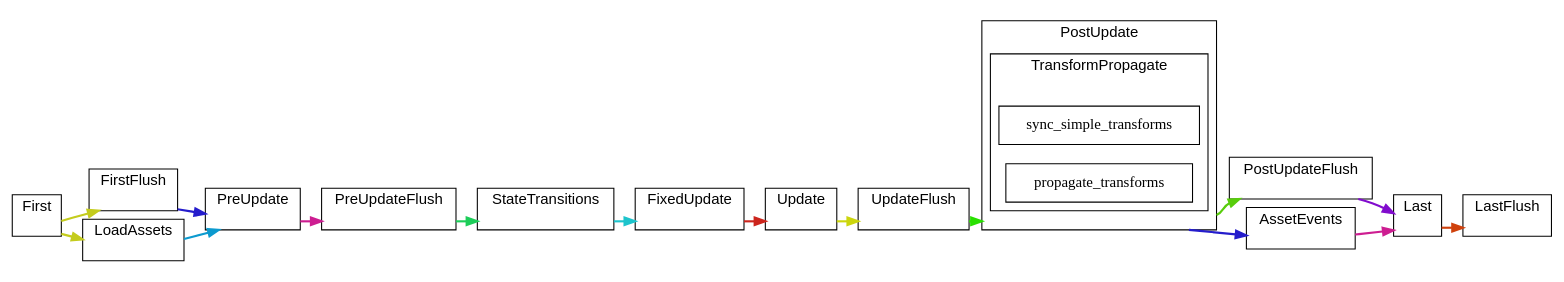
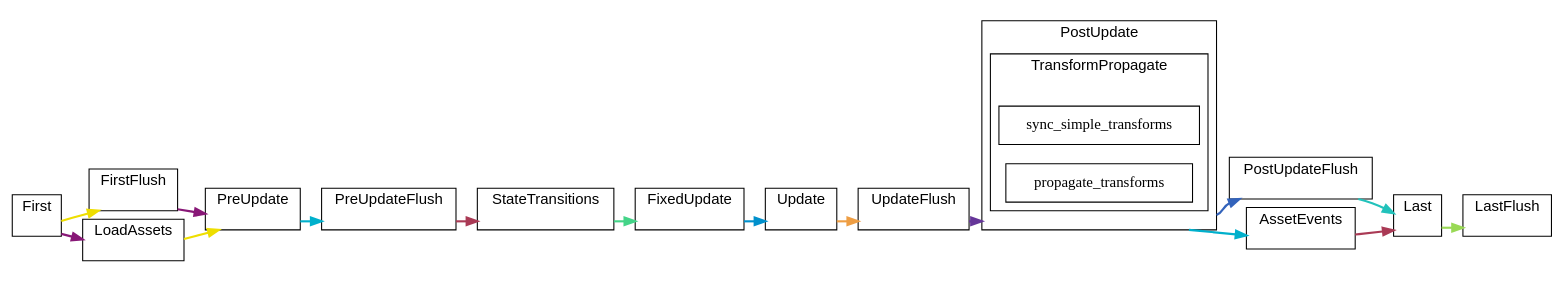
The diagram in docs/schedule/by-crate/light/schedule_Main_bevy_transform.dot (jakobhellermann/bevy_mod_debugdump), drawn with Graphviz before and after one commit. The commit also changed 87 other files, not shown here.

```diff
--- a/docs/schedule/by-crate/light/schedule_Main_bevy_transform.dot
+++ b/docs/schedule/by-crate/light/schedule_Main_bevy_transform.dot
@@ -1,146 +1,146 @@
 digraph "" {
 	"compound"="true";
 	"splines"="spline";
 	"rankdir"="LR";
 	"bgcolor"="white";
 	"fontname"="Helvetica";
 	edge ["penwidth"="2"];
 	node ["shape"="box", "style"="filled", "fillcolor"="white", "color"="black"];
 	subgraph "clusternode_Set(0)" {
 		"label"="Update";
 		"tooltip"="Update";
 		"bgcolor"="white";
 		"color"="black";
 		"set_marker_node_Set(0)" ["style"="invis", "label"="", "height"="0", "shape"="point"]
 	}
 	
 	subgraph "clusternode_Set(2)" {
 		"label"="FirstFlush";
 		"tooltip"="FirstFlush";
 		"bgcolor"="white";
 		"color"="black";
 		"set_marker_node_Set(2)" ["style"="invis", "label"="", "height"="0", "shape"="point"]
 	}
 	
 	subgraph "clusternode_Set(3)" {
 		"label"="PreUpdateFlush";
 		"tooltip"="PreUpdateFlush";
 		"bgcolor"="white";
 		"color"="black";
 		"set_marker_node_Set(3)" ["style"="invis", "label"="", "height"="0", "shape"="point"]
 	}
 	
 	subgraph "clusternode_Set(4)" {
 		"label"="UpdateFlush";
 		"tooltip"="UpdateFlush";
 		"bgcolor"="white";
 		"color"="black";
 		"set_marker_node_Set(4)" ["style"="invis", "label"="", "height"="0", "shape"="point"]
 	}
 	
 	subgraph "clusternode_Set(5)" {
 		"label"="PostUpdateFlush";
 		"tooltip"="PostUpdateFlush";
 		"bgcolor"="white";
 		"color"="black";
 		"set_marker_node_Set(5)" ["style"="invis", "label"="", "height"="0", "shape"="point"]
 	}
 	
 	subgraph "clusternode_Set(6)" {
 		"label"="LastFlush";
 		"tooltip"="LastFlush";
 		"bgcolor"="white";
 		"color"="black";
 		"set_marker_node_Set(6)" ["style"="invis", "label"="", "height"="0", "shape"="point"]
 	}
 	
 	subgraph "clusternode_Set(7)" {
 		"label"="First";
 		"tooltip"="First";
 		"bgcolor"="white";
 		"color"="black";
 		"set_marker_node_Set(7)" ["style"="invis", "label"="", "height"="0", "shape"="point"]
 	}
 	
 	subgraph "clusternode_Set(8)" {
 		"label"="PreUpdate";
 		"tooltip"="PreUpdate";
 		"bgcolor"="white";
 		"color"="black";
 		"set_marker_node_Set(8)" ["style"="invis", "label"="", "height"="0", "shape"="point"]
 	}
 	
 	subgraph "clusternode_Set(9)" {
 		"label"="StateTransitions";
 		"tooltip"="StateTransitions";
 		"bgcolor"="white";
 		"color"="black";
 		"set_marker_node_Set(9)" ["style"="invis", "label"="", "height"="0", "shape"="point"]
 	}
 	
 	subgraph "clusternode_Set(10)" {
 		"label"="FixedUpdate";
 		"tooltip"="FixedUpdate";
 		"bgcolor"="white";
 		"color"="black";
 		"set_marker_node_Set(10)" ["style"="invis", "label"="", "height"="0", "shape"="point"]
 	}
 	
 	subgraph "clusternode_Set(11)" {
 		"label"="PostUpdate";
 		"tooltip"="PostUpdate";
 		"bgcolor"="white";
 		"color"="black";
 		"set_marker_node_Set(11)" ["style"="invis", "label"="", "height"="0", "shape"="point"]
 		subgraph "clusternode_Set(20)" {
 			"label"="TransformPropagate";
 			"tooltip"="TransformPropagate";
 			"bgcolor"="white";
 			"color"="black";
 			"set_marker_node_Set(20)" ["style"="invis", "label"="", "height"="0", "shape"="point"]
 			"node_System(11)" ["label"="sync_simple_transforms", "tooltip"="bevy_transform::systems::sync_simple_transforms"]
 			"node_System(12)" ["label"="propagate_transforms", "tooltip"="bevy_transform::systems::propagate_transforms"]
 		}
 		
 	}
 	
 	subgraph "clusternode_Set(12)" {
 		"label"="Last";
 		"tooltip"="Last";
 		"bgcolor"="white";
 		"color"="black";
 		"set_marker_node_Set(12)" ["style"="invis", "label"="", "height"="0", "shape"="point"]
 	}
 	
 	subgraph "clusternode_Set(58)" {
 		"label"="LoadAssets";
 		"tooltip"="LoadAssets";
 		"bgcolor"="white";
 		"color"="black";
 		"set_marker_node_Set(58)" ["style"="invis", "label"="", "height"="0", "shape"="point"]
 	}
 	
 	subgraph "clusternode_Set(59)" {
 		"label"="AssetEvents";
 		"tooltip"="AssetEvents";
 		"bgcolor"="white";
 		"color"="black";
 		"set_marker_node_Set(59)" ["style"="invis", "label"="", "height"="0", "shape"="point"]
 	}
 	
-	"set_marker_node_Set(7)" -> "set_marker_node_Set(2)" ["lhead"="clusternode_Set(2)", "ltail"="clusternode_Set(7)", "tooltip"="First → FirstFlush", "color"="#c4cc1d"]
-	"set_marker_node_Set(2)" -> "set_marker_node_Set(8)" ["lhead"="clusternode_Set(8)", "ltail"="clusternode_Set(2)", "tooltip"="FirstFlush → PreUpdate", "color"="#251dcc"]
-	"set_marker_node_Set(8)" -> "set_marker_node_Set(3)" ["lhead"="clusternode_Set(3)", "ltail"="clusternode_Set(8)", "tooltip"="PreUpdate → PreUpdateFlush", "color"="#cd1d91"]
-	"set_marker_node_Set(3)" -> "set_marker_node_Set(9)" ["lhead"="clusternode_Set(9)", "ltail"="clusternode_Set(3)", "tooltip"="PreUpdateFlush → StateTransitions", "color"="#1dcd59"]
-	"set_marker_node_Set(9)" -> "set_marker_node_Set(10)" ["lhead"="clusternode_Set(10)", "ltail"="clusternode_Set(9)", "tooltip"="StateTransitions → FixedUpdate", "color"="#1dc4cc"]
-	"set_marker_node_Set(10)" -> "set_marker_node_Set(0)" ["lhead"="clusternode_Set(0)", "ltail"="clusternode_Set(10)", "tooltip"="FixedUpdate → Update", "color"="#cc251d"]
-	"set_marker_node_Set(0)" -> "set_marker_node_Set(4)" ["lhead"="clusternode_Set(4)", "ltail"="clusternode_Set(0)", "tooltip"="Update → UpdateFlush", "color"="#ccd60d"]
-	"set_marker_node_Set(4)" -> "set_marker_node_Set(11)" ["lhead"="clusternode_Set(11)", "ltail"="clusternode_Set(4)", "tooltip"="UpdateFlush → PostUpdate", "color"="#29e000"]
-	"set_marker_node_Set(11)" -> "set_marker_node_Set(5)" ["lhead"="clusternode_Set(5)", "ltail"="clusternode_Set(11)", "tooltip"="PostUpdate → PostUpdateFlush", "color"="#58cd0c"]
-	"set_marker_node_Set(5)" -> "set_marker_node_Set(12)" ["lhead"="clusternode_Set(12)", "ltail"="clusternode_Set(5)", "tooltip"="PostUpdateFlush → Last", "color"="#810ccd"]
-	"set_marker_node_Set(12)" -> "set_marker_node_Set(6)" ["lhead"="clusternode_Set(6)", "ltail"="clusternode_Set(12)", "tooltip"="Last → LastFlush", "color"="#cf410c"]
-	"set_marker_node_Set(58)" -> "set_marker_node_Set(8)" ["lhead"="clusternode_Set(8)", "ltail"="clusternode_Set(58)", "tooltip"="LoadAssets → PreUpdate", "color"="#0c9acf"]
-	"set_marker_node_Set(7)" -> "set_marker_node_Set(58)" ["lhead"="clusternode_Set(58)", "ltail"="clusternode_Set(7)", "tooltip"="First → LoadAssets", "color"="#c4cc1d"]
-	"set_marker_node_Set(11)" -> "set_marker_node_Set(59)" ["lhead"="clusternode_Set(59)", "ltail"="clusternode_Set(11)", "tooltip"="PostUpdate → AssetEvents", "color"="#251dcc"]
-	"set_marker_node_Set(59)" -> "set_marker_node_Set(12)" ["lhead"="clusternode_Set(12)", "ltail"="clusternode_Set(59)", "tooltip"="AssetEvents → Last", "color"="#cd1d91"]
+	"set_marker_node_Set(7)" -> "set_marker_node_Set(2)" ["lhead"="clusternode_Set(2)", "ltail"="clusternode_Set(7)", "tooltip"="First → FirstFlush", "color"="#eede00"]
+	"set_marker_node_Set(2)" -> "set_marker_node_Set(8)" ["lhead"="clusternode_Set(8)", "ltail"="clusternode_Set(2)", "tooltip"="FirstFlush → PreUpdate", "color"="#881877"]
+	"set_marker_node_Set(8)" -> "set_marker_node_Set(3)" ["lhead"="clusternode_Set(3)", "ltail"="clusternode_Set(8)", "tooltip"="PreUpdate → PreUpdateFlush", "color"="#00b0cc"]
+	"set_marker_node_Set(3)" -> "set_marker_node_Set(9)" ["lhead"="clusternode_Set(9)", "ltail"="clusternode_Set(3)", "tooltip"="PreUpdateFlush → StateTransitions", "color"="#aa3a55"]
+	"set_marker_node_Set(9)" -> "set_marker_node_Set(10)" ["lhead"="clusternode_Set(10)", "ltail"="clusternode_Set(9)", "tooltip"="StateTransitions → FixedUpdate", "color"="#44d488"]
+	"set_marker_node_Set(10)" -> "set_marker_node_Set(0)" ["lhead"="clusternode_Set(0)", "ltail"="clusternode_Set(10)", "tooltip"="FixedUpdate → Update", "color"="#0090cc"]
+	"set_marker_node_Set(0)" -> "set_marker_node_Set(4)" ["lhead"="clusternode_Set(4)", "ltail"="clusternode_Set(0)", "tooltip"="Update → UpdateFlush", "color"="#ee9e44"]
+	"set_marker_node_Set(4)" -> "set_marker_node_Set(11)" ["lhead"="clusternode_Set(11)", "ltail"="clusternode_Set(4)", "tooltip"="UpdateFlush → PostUpdate", "color"="#663699"]
+	"set_marker_node_Set(11)" -> "set_marker_node_Set(5)" ["lhead"="clusternode_Set(5)", "ltail"="clusternode_Set(11)", "tooltip"="PostUpdate → PostUpdateFlush", "color"="#3363bb"]
+	"set_marker_node_Set(5)" -> "set_marker_node_Set(12)" ["lhead"="clusternode_Set(12)", "ltail"="clusternode_Set(5)", "tooltip"="PostUpdateFlush → Last", "color"="#22c2bb"]
+	"set_marker_node_Set(12)" -> "set_marker_node_Set(6)" ["lhead"="clusternode_Set(6)", "ltail"="clusternode_Set(12)", "tooltip"="Last → LastFlush", "color"="#99d955"]
+	"set_marker_node_Set(58)" -> "set_marker_node_Set(8)" ["lhead"="clusternode_Set(8)", "ltail"="clusternode_Set(58)", "tooltip"="LoadAssets → PreUpdate", "color"="#eede00"]
+	"set_marker_node_Set(7)" -> "set_marker_node_Set(58)" ["lhead"="clusternode_Set(58)", "ltail"="clusternode_Set(7)", "tooltip"="First → LoadAssets", "color"="#881877"]
+	"set_marker_node_Set(11)" -> "set_marker_node_Set(59)" ["lhead"="clusternode_Set(59)", "ltail"="clusternode_Set(11)", "tooltip"="PostUpdate → AssetEvents", "color"="#00b0cc"]
+	"set_marker_node_Set(59)" -> "set_marker_node_Set(12)" ["lhead"="clusternode_Set(12)", "ltail"="clusternode_Set(59)", "tooltip"="AssetEvents → Last", "color"="#aa3a55"]
 }
```
